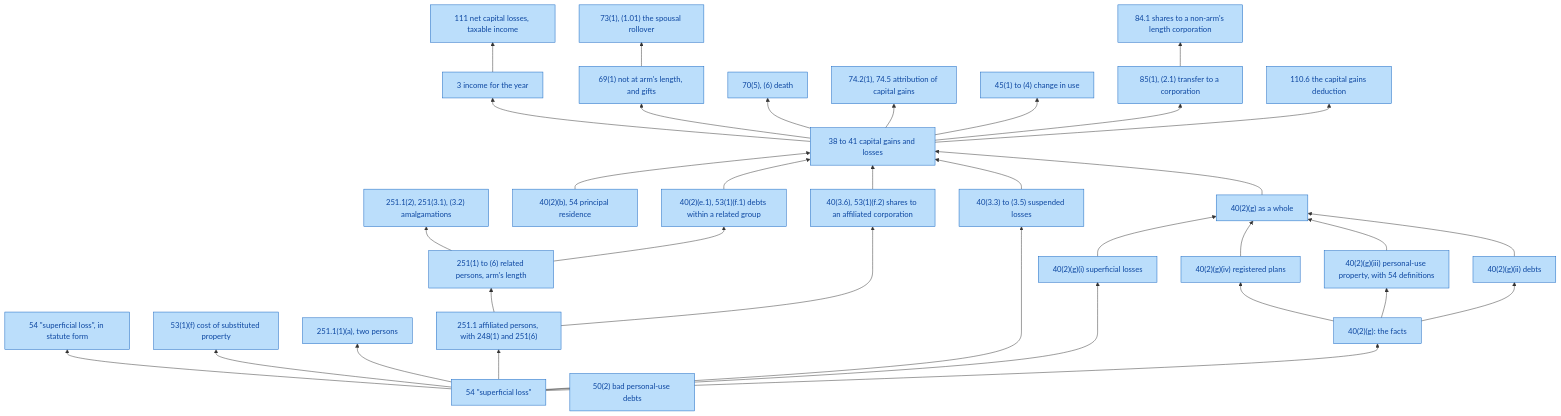
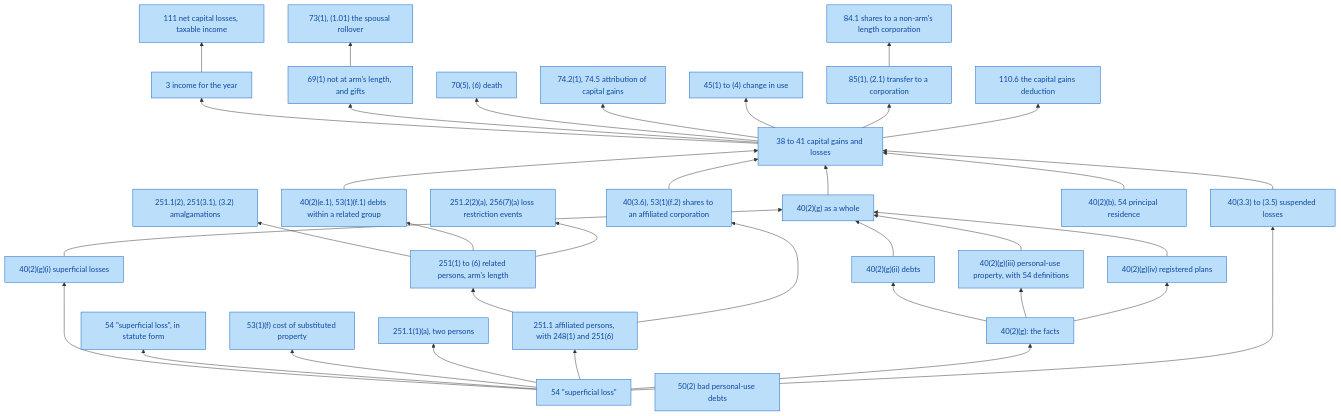
One commit to SeanWMurray/Canteen changed the diagram in docs/graphs/provisions.md. Above: the diagram before and after it, drawn with Mermaid. The commit also changed 16 other files, not shown here.

First line of the commit message:
Encode loss restriction events: 251.2(2)(a), with 256(7)(a)

````diff
--- a/docs/graphs/provisions.md
+++ b/docs/graphs/provisions.md
@@ -7,66 +7,68 @@
 ```mermaid
 flowchart BT
   v0["54 #quot;superficial loss#quot;"]:::prov
   v1["40(2)(g)(i) superficial losses"]:::prov
   v2["54 #quot;superficial loss#quot;, in statute form"]:::prov
   v3["53(1)(f) cost of substituted property"]:::prov
   v4["251.1(1)(a), two persons"]:::prov
   v5["251.1 affiliated persons, with 248(1) and 251(6)"]:::prov
   v6["251(1) to (6) related persons, arm's length"]:::prov
   v7["251.1(2), 251(3.1), (3.2) amalgamations"]:::prov
   v8["40(2)(g): the facts"]:::prov
   v9["40(2)(g)(ii) debts"]:::prov
   v10["40(2)(g)(iii) personal-use property, with 54 definitions"]:::prov
   v11["40(2)(g)(iv) registered plans"]:::prov
   v12["40(2)(g) as a whole"]:::prov
   v13["40(3.3) to (3.5) suspended losses"]:::prov
   v14["40(3.6), 53(1)(f.2) shares to an affiliated corporation"]:::prov
   v15["40(2)(e.1), 53(1)(f.1) debts within a related group"]:::prov
   v16["40(2)(b), 54 principal residence"]:::prov
   v17["38 to 41 capital gains and losses"]:::prov
   v18["3 income for the year"]:::prov
   v19["111 net capital losses, taxable income"]:::prov
   v20["69(1) not at arm's length, and gifts"]:::prov
   v21["73(1), (1.01) the spousal rollover"]:::prov
   v22["70(5), (6) death"]:::prov
   v23["74.2(1), 74.5 attribution of capital gains"]:::prov
   v24["45(1) to (4) change in use"]:::prov
   v25["85(1), (2.1) transfer to a corporation"]:::prov
   v26["84.1 shares to a non-arm's length corporation"]:::prov
   v27["110.6 the capital gains deduction"]:::prov
-  v28["50(2) bad personal-use debts"]:::prov
+  v28["251.2(2)(a), 256(7)(a) loss restriction events"]:::prov
+  v29["50(2) bad personal-use debts"]:::prov
   v0 --> v1
   v0 --> v2
   v0 --> v3
   v0 --> v4
   v0 --> v5
   v5 --> v6
   v6 --> v7
   v0 --> v8
   v8 --> v9
   v8 --> v10
   v8 --> v11
   v9 --> v12
   v10 --> v12
   v11 --> v12
   v1 --> v12
   v0 --> v13
   v5 --> v14
   v6 --> v15
   v12 --> v17
   v13 --> v17
   v14 --> v17
   v15 --> v17
   v16 --> v17
   v17 --> v18
   v18 --> v19
   v17 --> v20
   v20 --> v21
   v17 --> v22
   v17 --> v23
   v17 --> v24
   v17 --> v25
   v25 --> v26
   v17 --> v27
+  v6 --> v28
   classDef prov fill:#bbdefb,stroke:#1565c0,color:#0d47a1
 ```
````
